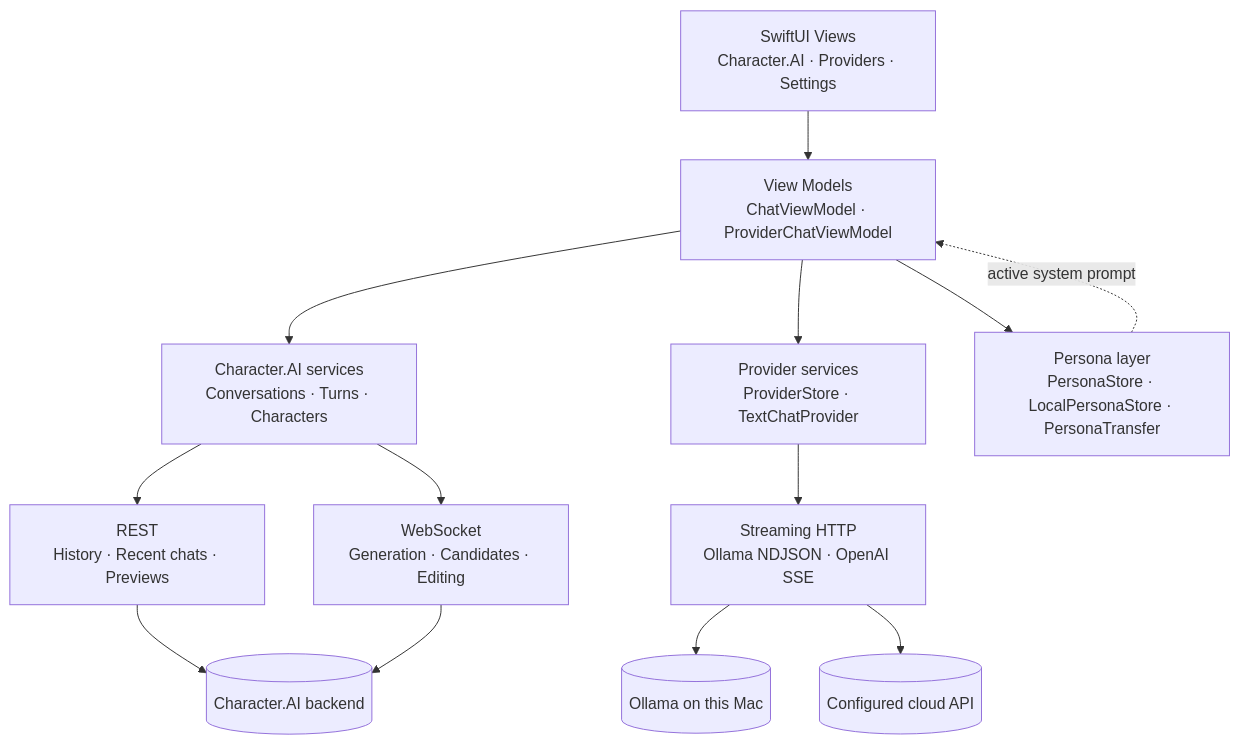
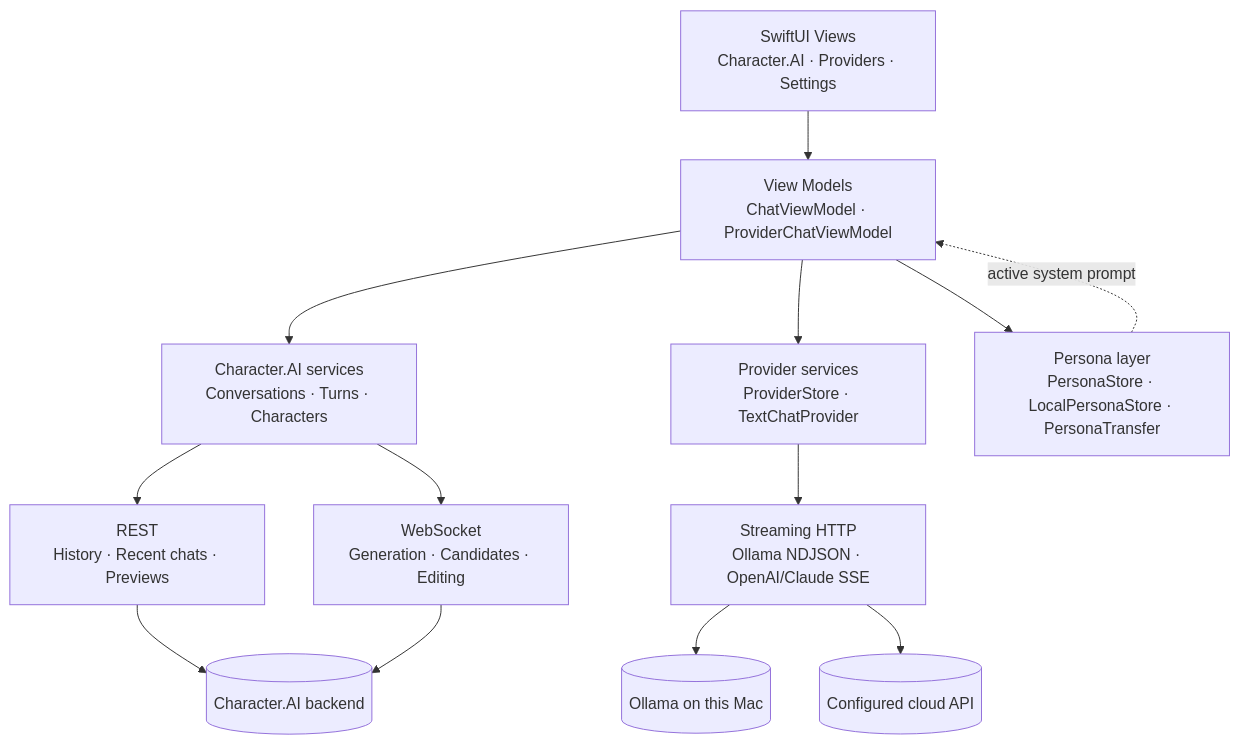
The diagram in README.md (KodyMorrison3/Veyrin), drawn with Mermaid before and after one commit. The commit also changed other lines of this file and 26 other files, not shown here.

````diff
--- a/README.md
+++ b/README.md
@@ -110,15 +113,15 @@
 ```mermaid
 flowchart TD
     A["SwiftUI Views<br/>Character.AI · Providers · Settings"] --> B["View Models<br/>ChatViewModel · ProviderChatViewModel"]
     B --> C["Character.AI services<br/>Conversations · Turns · Characters"]
     B --> D["Provider services<br/>ProviderStore · TextChatProvider"]
     B --> P["Persona layer<br/>PersonaStore · LocalPersonaStore · PersonaTransfer"]
     C --> E["REST<br/>History · Recent chats · Previews"]
     C --> F["WebSocket<br/>Generation · Candidates · Editing"]
-    D --> G["Streaming HTTP<br/>Ollama NDJSON · OpenAI SSE"]
+    D --> G["Streaming HTTP<br/>Ollama NDJSON · OpenAI/Claude SSE"]
     E --> H[("Character.AI backend")]
     F --> H
     G --> I[("Ollama on this Mac")]
     G --> J[("Configured cloud API")]
     P -.->|active system prompt| B
 ```
````
